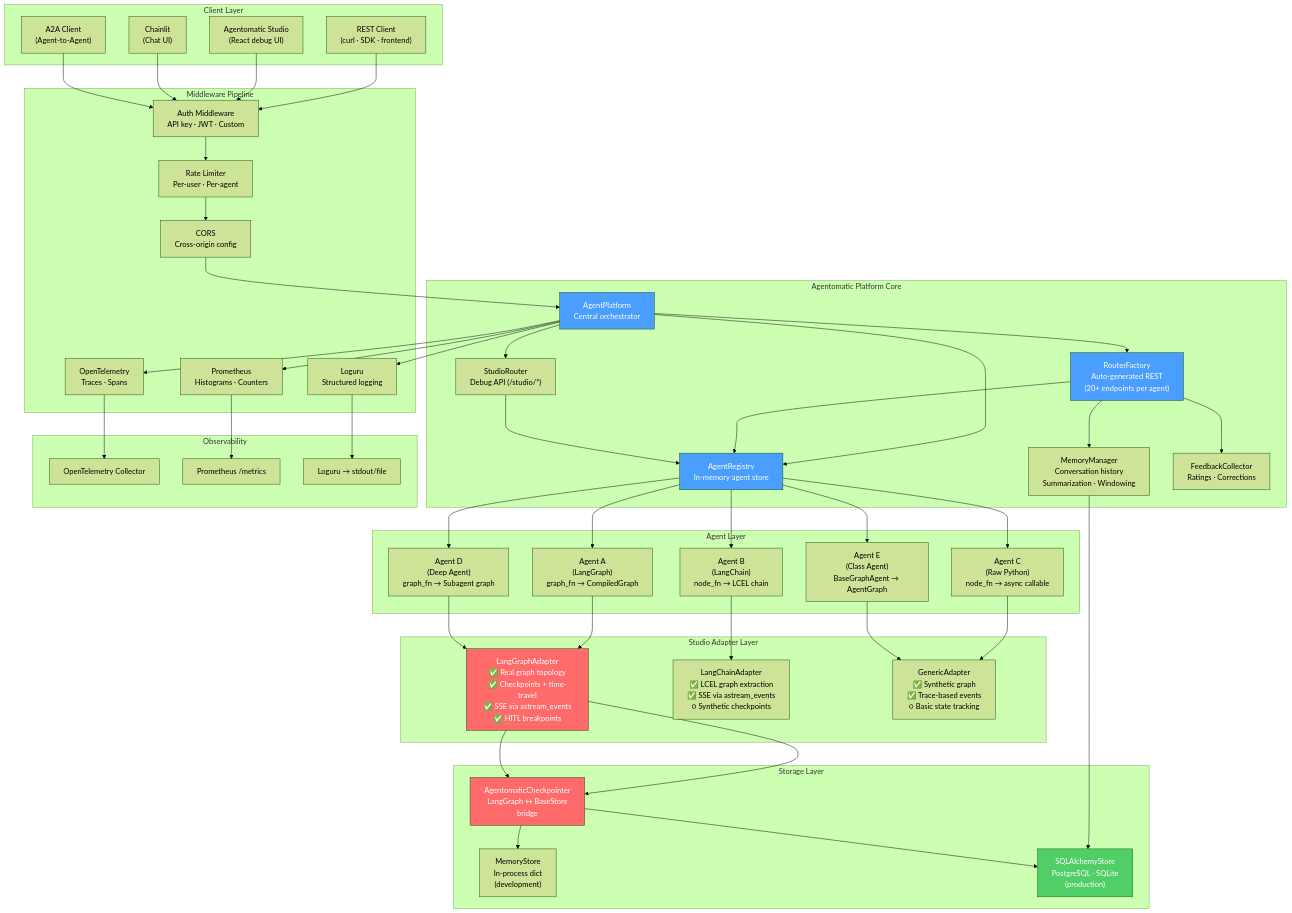
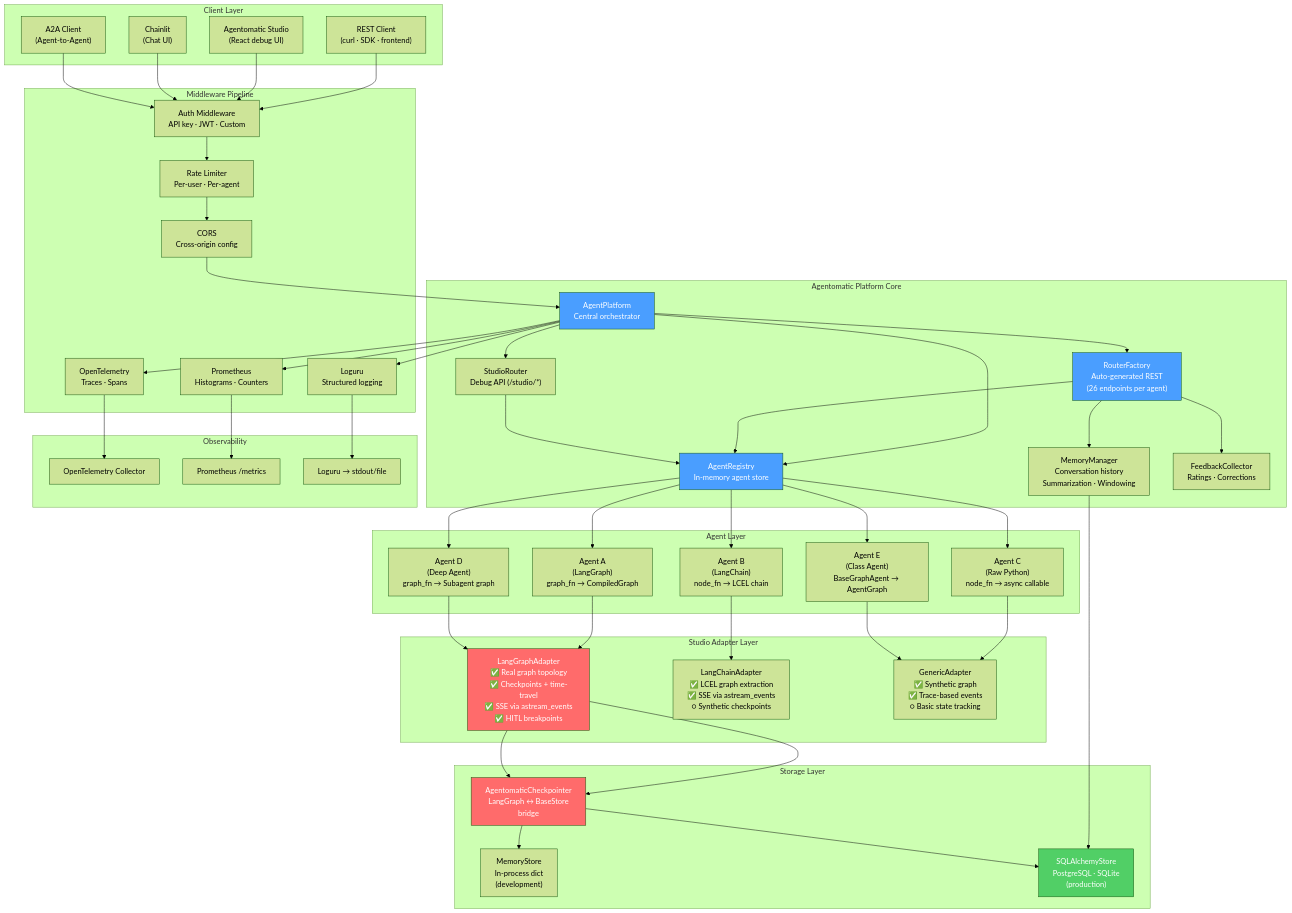
The first of 10 diagrams in docs/architecture/overview.md (UnicoLab/agentomatic), drawn with Mermaid (forest theme) before and after one commit. The commit also changed other lines of this file and 27 other files, not shown here.

```diff
--- a/docs/architecture/overview.md
+++ b/docs/architecture/overview.md
@@ -27,7 +27,7 @@
     subgraph "Agentomatic Platform Core"
         AP["AgentPlatform\nCentral orchestrator"]
         REG["AgentRegistry\nIn-memory agent store"]
-        RF["RouterFactory\nAuto-generated REST\n(20+ endpoints per agent)"]
+        RF["RouterFactory\nAuto-generated REST\n(26 endpoints per agent)"]
         SR["StudioRouter\nDebug API (/studio/*)"]
         MM["MemoryManager\nConversation history\nSummarization · Windowing"]
         FB["FeedbackCollector\nRatings · Corrections"]
```
